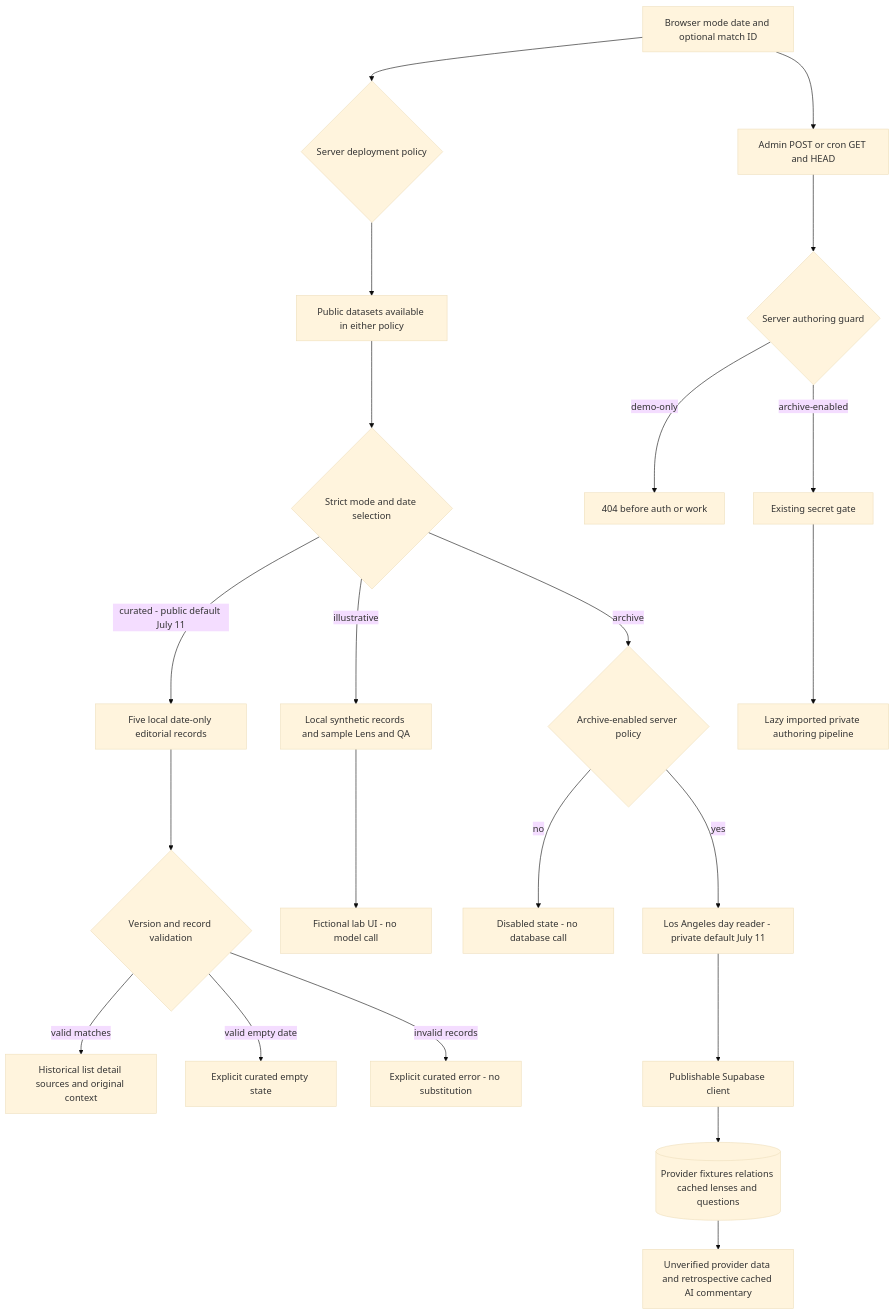
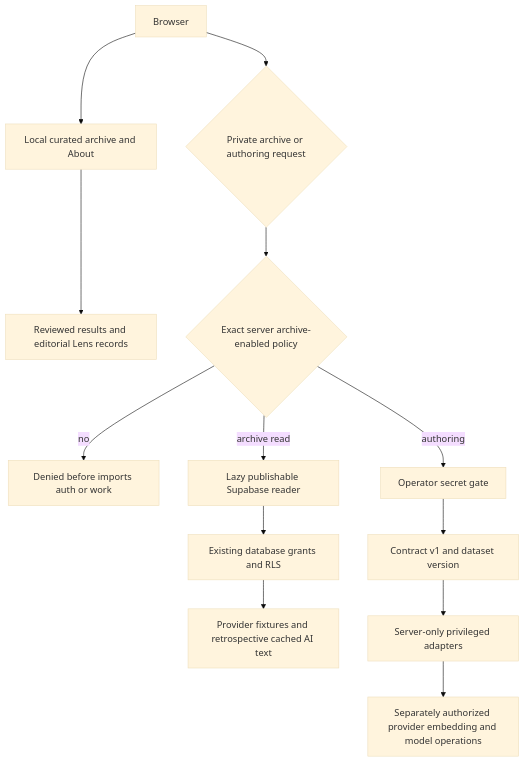
One commit to jeffreymutethia/world-cup-lens changed the second of 3 diagrams in docs/architecture.md. Above: the diagram before and after it, drawn with Mermaid (base theme). The commit also changed other lines of this file and 56 other files, not shown here.

Commit message:
Complete the 104-match archive and retrospective Match Lens

````diff
--- a/docs/architecture.md
+++ b/docs/architecture.md
@@ -9,24 +47,15 @@
 ```mermaid
 flowchart TD
-  Browser[Browser mode date and optional match ID] --> Policy{Server deployment policy}
-  Policy --> Public[Public datasets available in either policy]
-  Public --> Select{Strict mode and date selection}
-  Select -->|curated - public default July 11| Curated[Five local date-only editorial records]
-  Curated --> Validate{Version and record validation}
-  Validate -->|valid matches| History[Historical list detail sources and original context]
-  Validate -->|valid empty date| Empty[Explicit curated empty state]
-  Validate -->|invalid records| Error[Explicit curated error - no substitution]
-  Select -->|illustrative| Fiction[Local synthetic records and sample Lens and QA]
-  Fiction --> Lab[Fictional lab UI - no model call]
-  Select -->|archive| ArchiveGuard{Archive-enabled server policy}
-  ArchiveGuard -->|no| Disabled[Disabled state - no database call]
-  ArchiveGuard -->|yes| Archive[Los Angeles day reader - private default July 11]
-  Archive --> Client[Publishable Supabase client]
-  Client --> DB[(Provider fixtures relations cached lenses and questions)]
-  DB --> ArchiveUI[Unverified provider data and retrospective cached AI commentary]
-  Browser --> Author[Admin POST or cron GET and HEAD]
-  Author --> Guard{Server authoring guard}
-  Guard -->|demo-only| Denied[404 before auth or work]
-  Guard -->|archive-enabled| Auth[Existing secret gate]
-  Auth --> Pipeline[Lazy imported private authoring pipeline]
+  Browser[Browser] --> Public[Local curated archive and About]
+  Public --> Local[Reviewed results and editorial Lens records]
+  Browser --> Request{Private archive or authoring request}
+  Request --> Policy{Exact server archive-enabled policy}
+  Policy -->|no| Disabled[Denied before imports auth or work]
+  Policy -->|archive read| Reader[Lazy publishable Supabase reader]
+  Reader --> RLS[Existing database grants and RLS]
+  RLS --> Cached[Provider fixtures and retrospective cached AI text]
+  Policy -->|authoring| Auth[Operator secret gate]
+  Auth --> Preflight[Contract v1 and dataset version]
+  Preflight --> Privileged[Server-only privileged adapters]
+  Privileged --> Paid[Separately authorized provider embedding and model operations]
 ```
````
